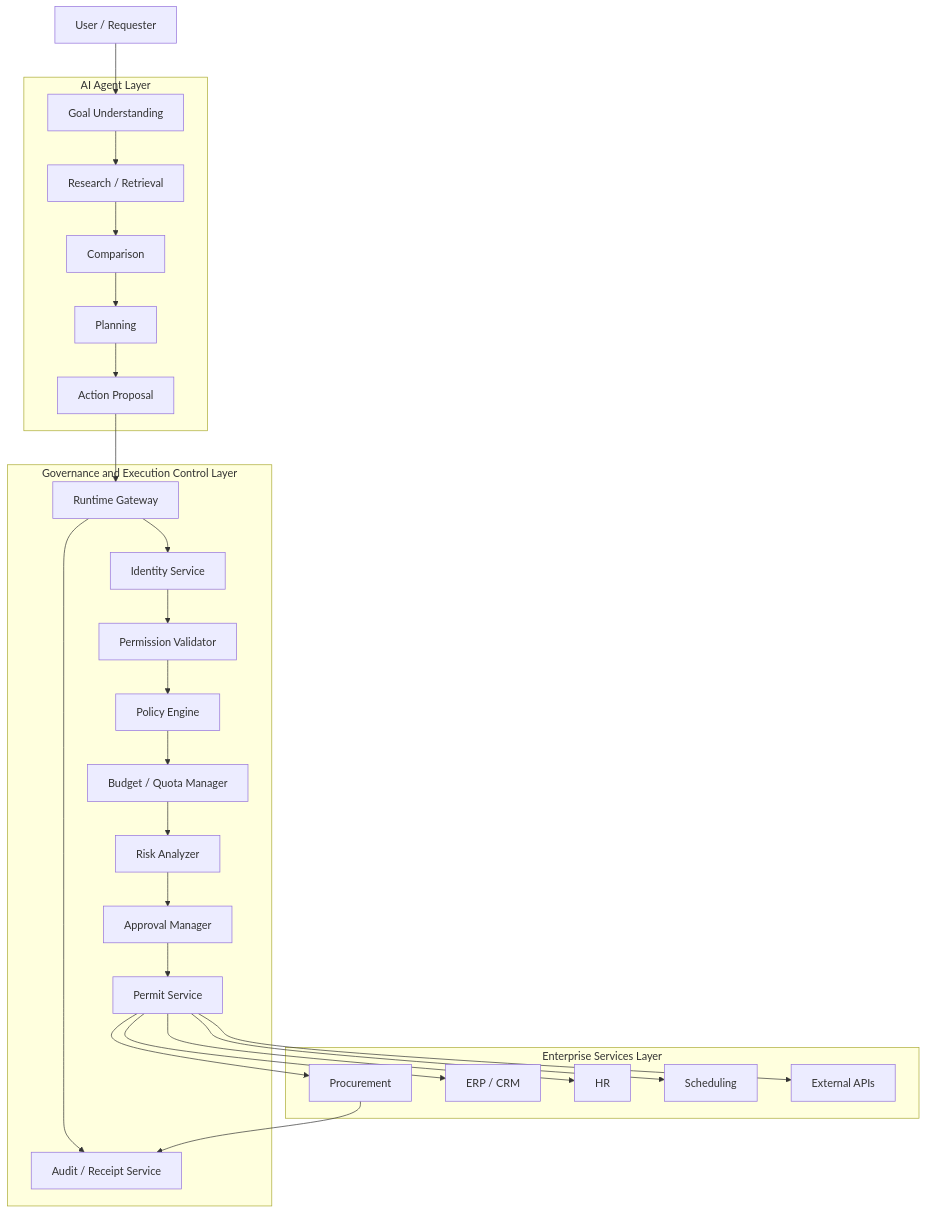
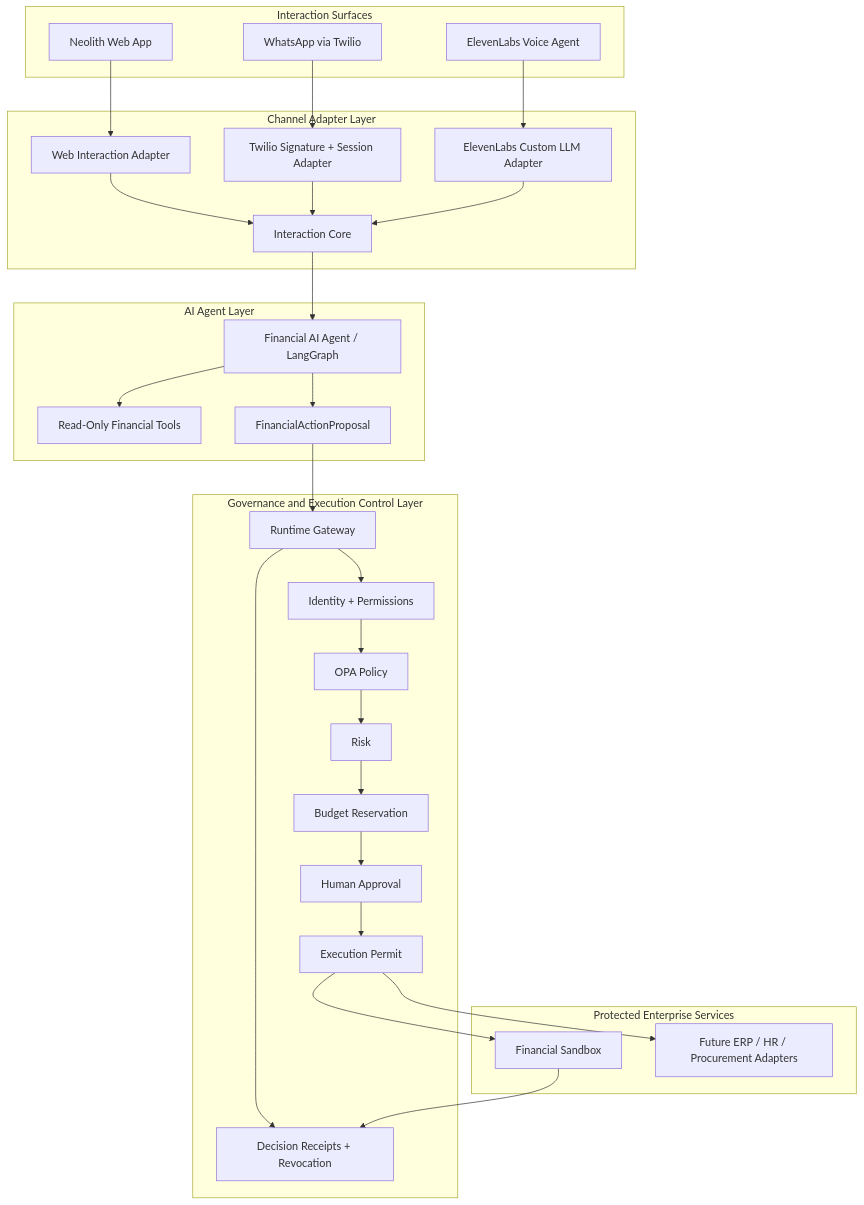
Before and after one commit to Dhruvg334/Neolith: the first of 2 diagrams in docs/design/SYSTEM_ARCHITECTURE.md, drawn with Mermaid. The commit also changed other lines of this file and 48 other files, not shown here.

Commit message:
feat: define financial agent multichannel interface contracts

````diff
--- a/docs/design/SYSTEM_ARCHITECTURE.md
+++ b/docs/design/SYSTEM_ARCHITECTURE.md
@@ -21,43 +22,50 @@
 ```mermaid
 flowchart TB
-    U[User / Requester]
+    subgraph I[Interaction Surfaces]
+      Web[Neolith Web App]
+      WA[WhatsApp via Twilio]
+      Voice[ElevenLabs Voice Agent]
+    end
+
+    subgraph C[Channel Adapter Layer]
+      WebA[Web Interaction Adapter]
+      TwA[Twilio Signature + Session Adapter]
+      ElA[ElevenLabs Custom LLM Adapter]
+      IC[Interaction Core]
+    end
 
     subgraph A[AI Agent Layer]
-      A1[Goal Understanding]
-      A2[Research / Retrieval]
-      A3[Comparison]
-      A4[Planning]
-      A5[Action Proposal]
+      A1[Financial AI Agent / LangGraph]
+      A2[Read-Only Financial Tools]
+      A3[FinancialActionProposal]
     end
 
     subgraph G[Governance and Execution Control Layer]
       G1[Runtime Gateway]
-      G2[Identity Service]
-      G3[Permission Validator]
-      G4[Policy Engine]
-      G5[Budget / Quota Manager]
-      G6[Risk Analyzer]
-      G7[Approval Manager]
-      G8[Permit Service]
-      G9[Audit / Receipt Service]
+      G2[Identity + Permissions]
+      G3[OPA Policy]
+      G4[Risk]
+      G5[Budget Reservation]
+      G6[Human Approval]
+      G7[Execution Permit]
+      G8[Decision Receipts + Revocation]
     end
 
-    subgraph E[Enterprise Services Layer]
-      E1[Procurement]
-      E2[ERP / CRM]
-      E3[HR]
-      E4[Scheduling]
-      E5[External APIs]
+    subgraph E[Protected Enterprise Services]
+      Bank[Financial Sandbox]
+      Future[Future ERP / HR / Procurement Adapters]
     end
 
-    U --> A1 --> A2 --> A3 --> A4 --> A5
-    A5 --> G1
-    G1 --> G2 --> G3 --> G4 --> G5 --> G6 --> G7 --> G8
-    G8 --> E1
-    G8 --> E2
-    G8 --> E3
-    G8 --> E4
-    G8 --> E5
-    G1 --> G9
-    E1 --> G9
+    Web --> WebA --> IC
+    WA --> TwA --> IC
+    Voice --> ElA --> IC
+    IC --> A1
+    A1 --> A2
+    A1 --> A3
+    A3 --> G1
+    G1 --> G2 --> G3 --> G4 --> G5 --> G6 --> G7
+    G7 --> Bank
+    G7 --> Future
+    G1 --> G8
+    Bank --> G8
 ```
````
